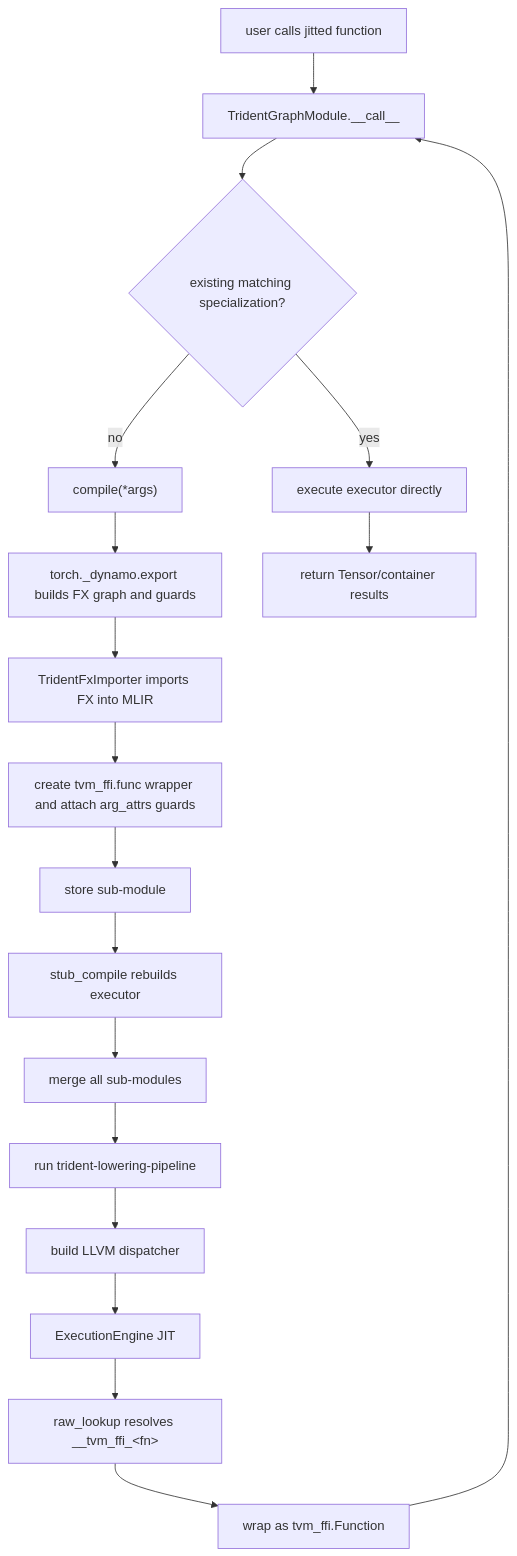
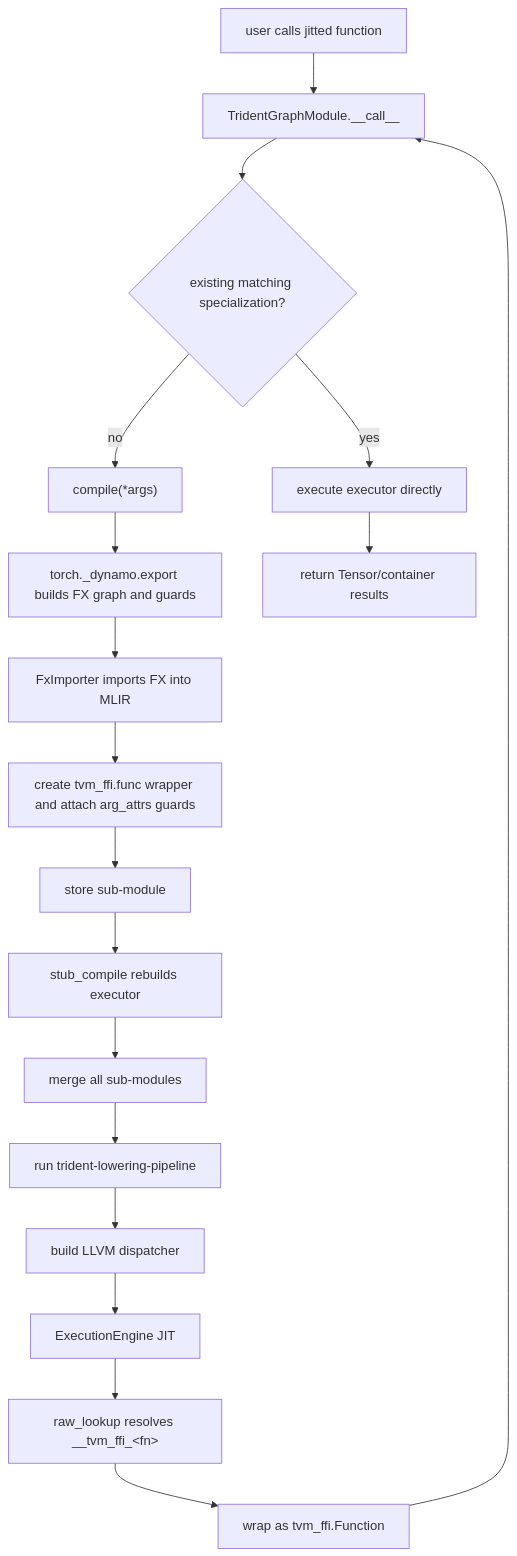
The second of 2 diagrams in docs/Architecture.md (sgjzfzzf/Trident), drawn with Mermaid before and after one commit. The commit also changed other lines of this file and 11 other files, not shown here.

````diff
--- a/docs/Architecture.md
+++ b/docs/Architecture.md
@@ -46,20 +46,20 @@
 ```mermaid
 flowchart TD
   A["user calls jitted function"] --> B["TridentGraphModule.__call__"]
   B --> C{"existing matching specialization?"}
   C -- "no" --> D["compile(*args)"]
   D --> E["torch._dynamo.export builds FX graph and guards"]
-  E --> F["TridentFxImporter imports FX into MLIR"]
+  E --> F["FxImporter imports FX into MLIR"]
   F --> G["create tvm_ffi.func wrapper and attach arg_attrs guards"]
   G --> H["store sub-module"]
   H --> I["stub_compile rebuilds executor"]
   I --> J["merge all sub-modules"]
   J --> K["run trident-lowering-pipeline"]
   K --> L["build LLVM dispatcher"]
   L --> M["ExecutionEngine JIT"]
   M --> N["raw_lookup resolves __tvm_ffi_&lt;fn&gt;"]
   N --> O["wrap as tvm_ffi.Function"]
   O --> B
   C -- "yes" --> P["execute executor directly"]
   P --> Q["return Tensor/container results"]
 ```
````
